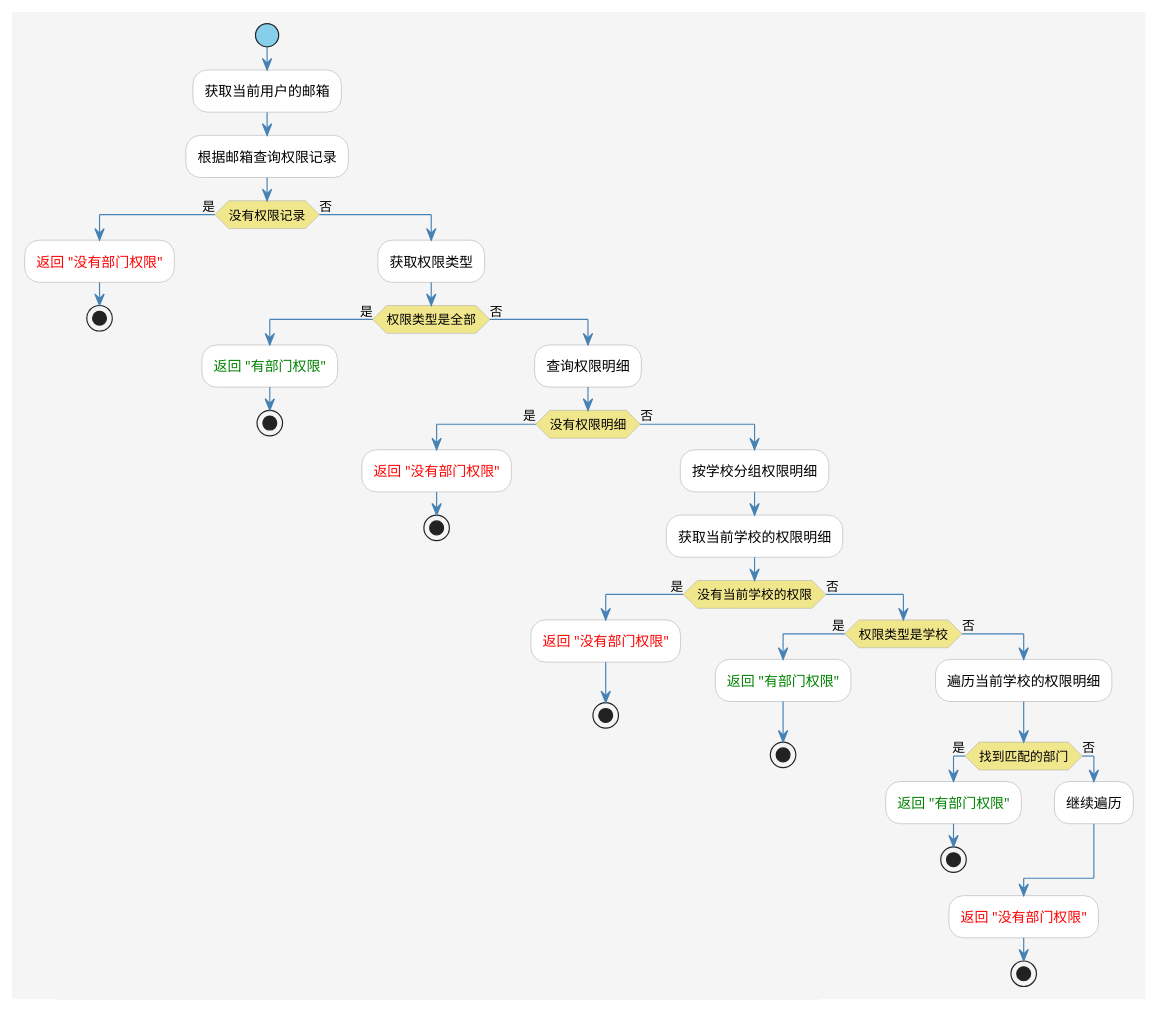
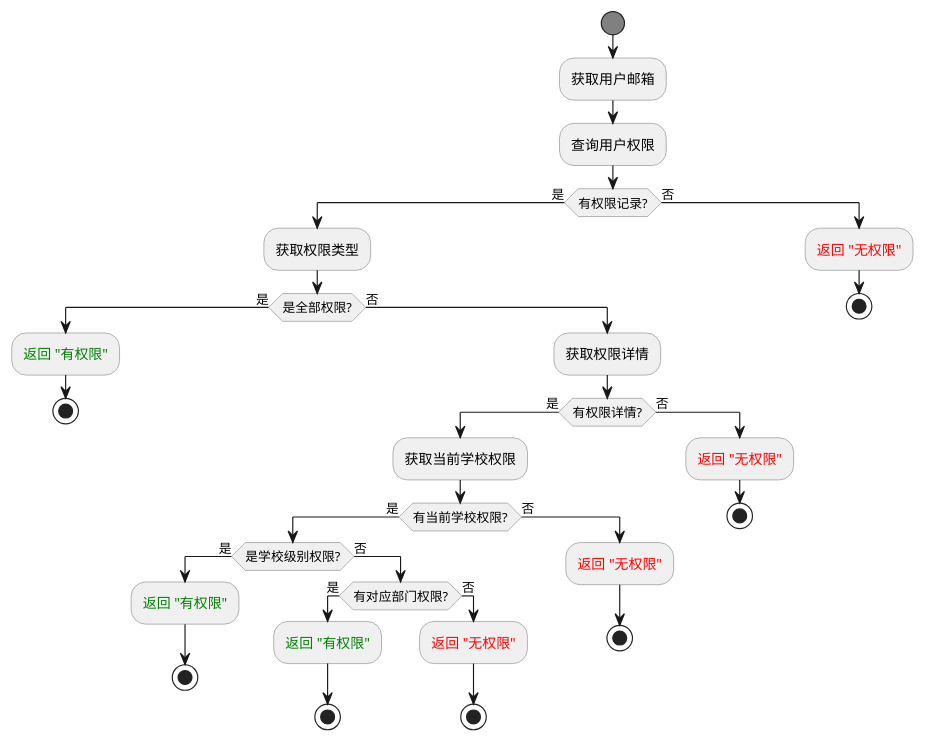
Before and after one commit to wanghaolong/wanghaolong.github.io: diagram 11 of 16 in docs/PlantUML分享/PlantUML分享.md, drawn with PlantUML. The commit also changed other lines of this file, not shown here.

````diff
--- a/docs/PlantUML分享/PlantUML分享.md
+++ b/docs/PlantUML分享/PlantUML分享.md
@@ -300,56 +465,49 @@
 ```plantuml
 @startuml
-skinparam backgroundColor #F5F5F5
 skinparam activity {
-    BackgroundColor #FFFFFF
-    BorderColor #B0B0B0
-    StartColor #87CEEB
-    EndColor #FF6347
-    DiamondBackgroundColor #F0E68C
-    DiamondBorderColor #B0B0B0
-    ArrowColor #4682B4
+    BackgroundColor #f0f0f0
+    BorderColor #808080
+    StartColor #808080
+    EndColor #808080
 }
 
 start
-:获取当前用户的邮箱;
-:根据邮箱查询权限记录;
-if (没有权限记录) then (是)
-    :<color:red>返回 "没有部门权限"</color>;
-    stop
-else (否)
+:获取用户邮箱;
+:查询用户权限;
+if (有权限记录?) then (是)
     :获取权限类型;
-    if (权限类型是全部) then (是)
-        :<color:green>返回 "有部门权限"</color>;
+    if (是全部权限?) then (是)
+        :<color:green>返回 "有权限"</color>;
         stop
     else (否)
-        :查询权限明细;
-        if (没有权限明细) then (是)
-            :<color:red>返回 "没有部门权限"</color>;
-            stop
-        else (否)
-            :按学校分组权限明细;
-            :获取当前学校的权限明细;
-            if (没有当前学校的权限) then (是)
-                :<color:red>返回 "没有部门权限"</color>;
-                stop
-            else (否)
-                if (权限类型是学校) then (是)
-                    :<color:green>返回 "有部门权限"</color>;
+        :获取权限详情;
+        if (有权限详情?) then (是)
+            :获取当前学校权限;
+            if (有当前学校权限?) then (是)
+                if (是学校级别权限?) then (是)
+                    :<color:green>返回 "有权限"</color>;
                     stop
                 else (否)
-                    :遍历当前学校的权限明细;
-                    if (找到匹配的部门) then (是)
-                        :<color:green>返回 "有部门权限"</color>;
+                    if (有对应部门权限?) then (是)
+                        :<color:green>返回 "有权限"</color>;
                         stop
                     else (否)
-                        :继续遍历;
+                        :<color:red>返回 "无权限"</color>;
+                        stop
                     endif
-                    :<color:red>返回 "没有部门权限"</color>;
-                    stop
                 endif
+            else (否)
+                :<color:red>返回 "无权限"</color>;
+                stop
             endif
+        else (否)
+            :<color:red>返回 "无权限"</color>;
+            stop
         endif
     endif
+else (否)
+    :<color:red>返回 "无权限"</color>;
+    stop
 endif
 @enduml
 ```
````
